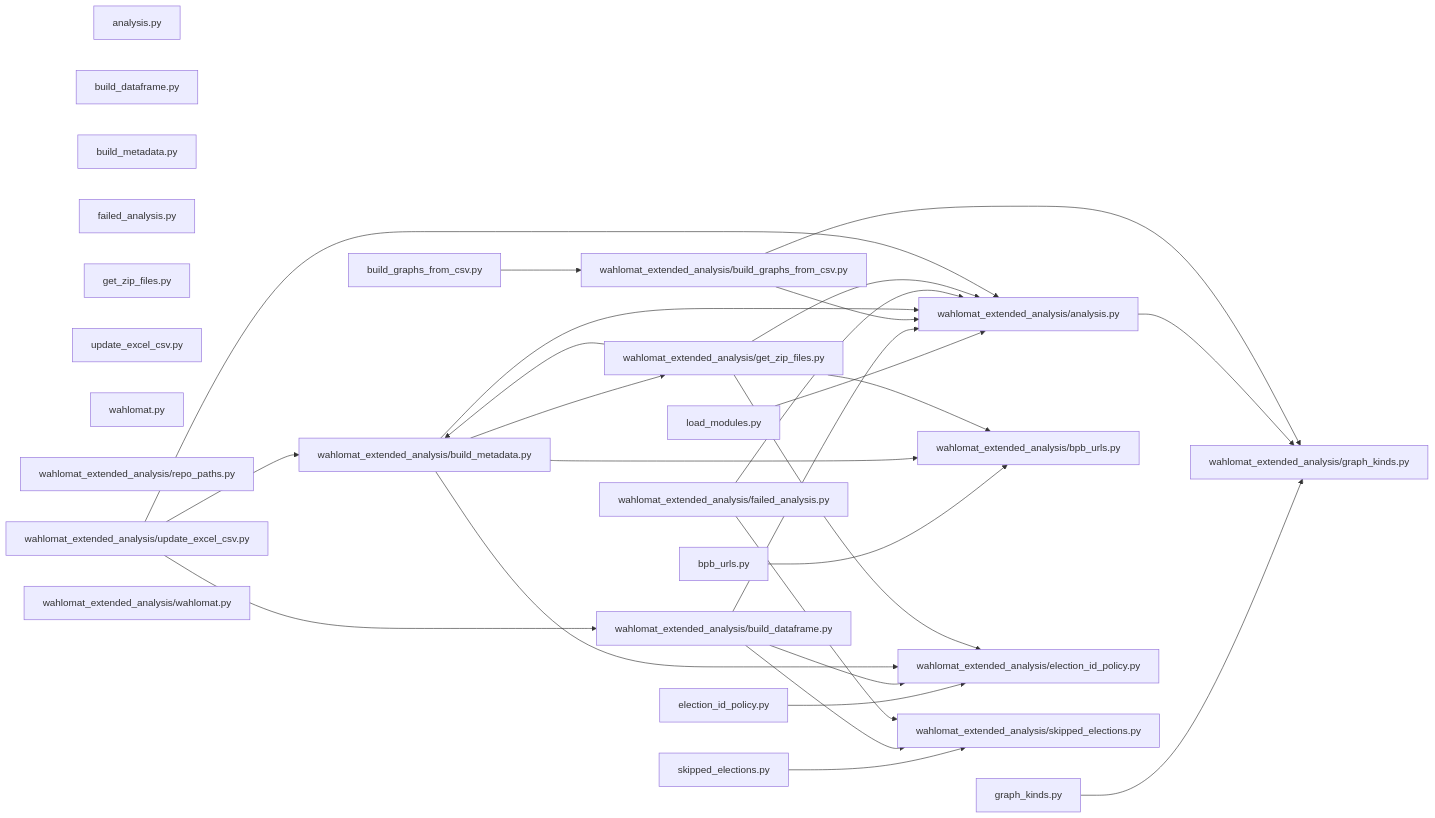
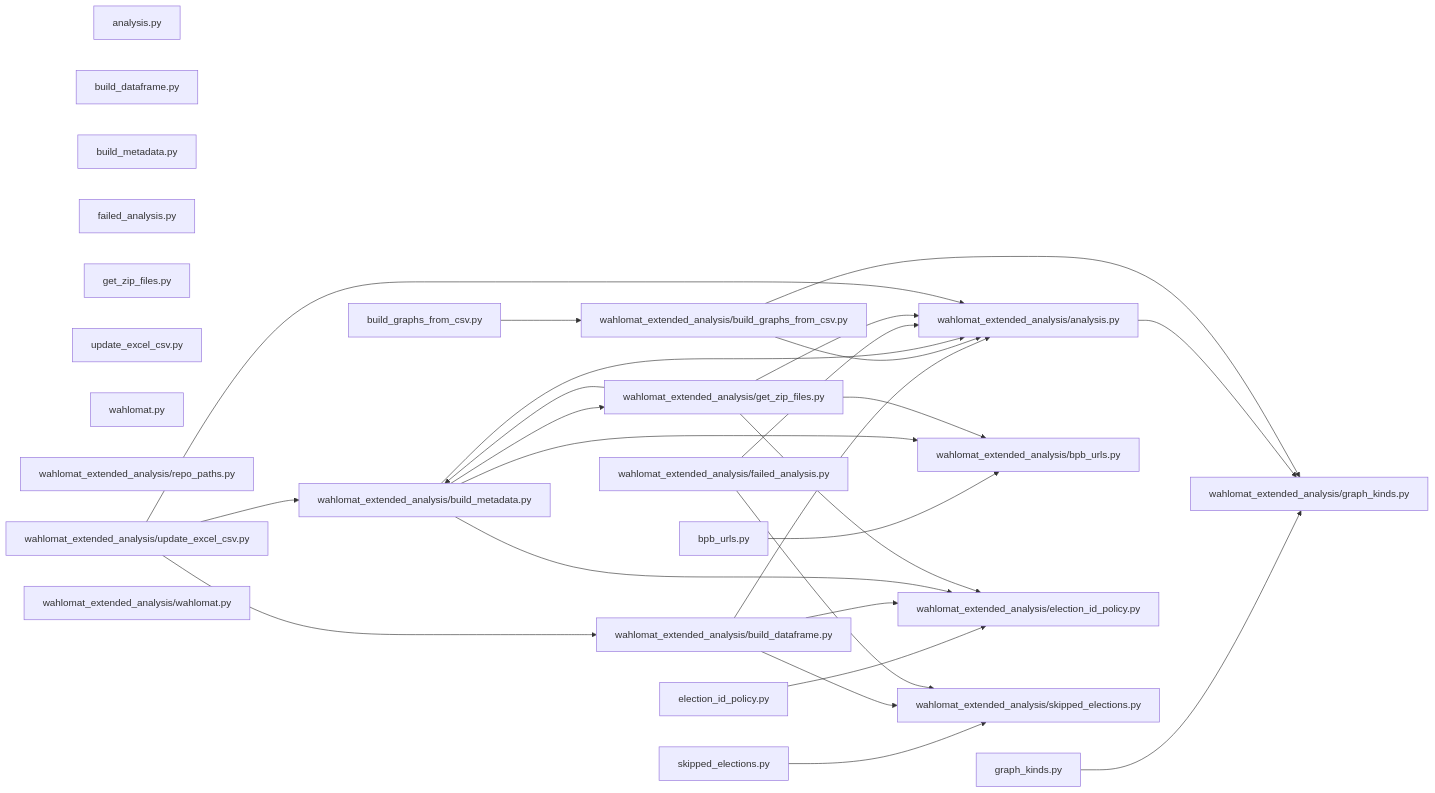
The second of 2 diagrams in docs/ARCHITECTURE.md (skbormann/wahlomat-extended-analysis), drawn with Mermaid before and after one commit. The commit also changed 2 other files, not shown here.

Commit message:
Move deprecated load_modules into legacy.
Relocate the unused legacy JS-only script to legacy/load_modules.py, remove the root-level entrypoint, and update docs/architecture references accordingly.

Made-with: Cursor

````diff
--- a/docs/ARCHITECTURE.md
+++ b/docs/ARCHITECTURE.md
@@ -57,54 +57,52 @@
 ```mermaid
 flowchart LR
   m_analysis["analysis.py"]
   m_bpb_urls["bpb_urls.py"]
   m_build_dataframe["build_dataframe.py"]
   m_build_graphs_from_csv["build_graphs_from_csv.py"]
   m_build_metadata["build_metadata.py"]
   m_election_id_policy["election_id_policy.py"]
   m_failed_analysis["failed_analysis.py"]
   m_get_zip_files["get_zip_files.py"]
   m_graph_kinds["graph_kinds.py"]
-  m_load_modules["load_modules.py"]
   m_skipped_elections["skipped_elections.py"]
   m_update_excel_csv["update_excel_csv.py"]
   m_wahlomat["wahlomat.py"]
   m_wahlomat_extended_analysis_analysis["wahlomat_extended_analysis/analysis.py"]
   m_wahlomat_extended_analysis_bpb_urls["wahlomat_extended_analysis/bpb_urls.py"]
   m_wahlomat_extended_analysis_build_dataframe["wahlomat_extended_analysis/build_dataframe.py"]
   m_wahlomat_extended_analysis_build_graphs_from_csv["wahlomat_extended_analysis/build_graphs_from_csv.py"]
   m_wahlomat_extended_analysis_build_metadata["wahlomat_extended_analysis/build_metadata.py"]
   m_wahlomat_extended_analysis_election_id_policy["wahlomat_extended_analysis/election_id_policy.py"]
   m_wahlomat_extended_analysis_failed_analysis["wahlomat_extended_analysis/failed_analysis.py"]
   m_wahlomat_extended_analysis_get_zip_files["wahlomat_extended_analysis/get_zip_files.py"]
   m_wahlomat_extended_analysis_graph_kinds["wahlomat_extended_analysis/graph_kinds.py"]
   m_wahlomat_extended_analysis_repo_paths["wahlomat_extended_analysis/repo_paths.py"]
   m_wahlomat_extended_analysis_skipped_elections["wahlomat_extended_analysis/skipped_elections.py"]
   m_wahlomat_extended_analysis_update_excel_csv["wahlomat_extended_analysis/update_excel_csv.py"]
   m_wahlomat_extended_analysis_wahlomat["wahlomat_extended_analysis/wahlomat.py"]
   m_bpb_urls --> m_wahlomat_extended_analysis_bpb_urls
   m_build_graphs_from_csv --> m_wahlomat_extended_analysis_build_graphs_from_csv
   m_election_id_policy --> m_wahlomat_extended_analysis_election_id_policy
   m_graph_kinds --> m_wahlomat_extended_analysis_graph_kinds
-  m_load_modules --> m_wahlomat_extended_analysis_analysis
   m_skipped_elections --> m_wahlomat_extended_analysis_skipped_elections
   m_wahlomat_extended_analysis_analysis --> m_wahlomat_extended_analysis_graph_kinds
   m_wahlomat_extended_analysis_build_dataframe --> m_wahlomat_extended_analysis_analysis
   m_wahlomat_extended_analysis_build_dataframe --> m_wahlomat_extended_analysis_election_id_policy
   m_wahlomat_extended_analysis_build_dataframe --> m_wahlomat_extended_analysis_skipped_elections
   m_wahlomat_extended_analysis_build_graphs_from_csv --> m_wahlomat_extended_analysis_analysis
   m_wahlomat_extended_analysis_build_graphs_from_csv --> m_wahlomat_extended_analysis_graph_kinds
   m_wahlomat_extended_analysis_build_metadata --> m_wahlomat_extended_analysis_analysis
   m_wahlomat_extended_analysis_build_metadata --> m_wahlomat_extended_analysis_bpb_urls
   m_wahlomat_extended_analysis_build_metadata --> m_wahlomat_extended_analysis_election_id_policy
   m_wahlomat_extended_analysis_build_metadata --> m_wahlomat_extended_analysis_get_zip_files
   m_wahlomat_extended_analysis_failed_analysis --> m_wahlomat_extended_analysis_analysis
   m_wahlomat_extended_analysis_failed_analysis --> m_wahlomat_extended_analysis_skipped_elections
   m_wahlomat_extended_analysis_get_zip_files --> m_wahlomat_extended_analysis_analysis
   m_wahlomat_extended_analysis_get_zip_files --> m_wahlomat_extended_analysis_bpb_urls
   m_wahlomat_extended_analysis_get_zip_files --> m_wahlomat_extended_analysis_build_metadata
   m_wahlomat_extended_analysis_get_zip_files --> m_wahlomat_extended_analysis_election_id_policy
   m_wahlomat_extended_analysis_update_excel_csv --> m_wahlomat_extended_analysis_analysis
   m_wahlomat_extended_analysis_update_excel_csv --> m_wahlomat_extended_analysis_build_dataframe
   m_wahlomat_extended_analysis_update_excel_csv --> m_wahlomat_extended_analysis_build_metadata
 ```
````
